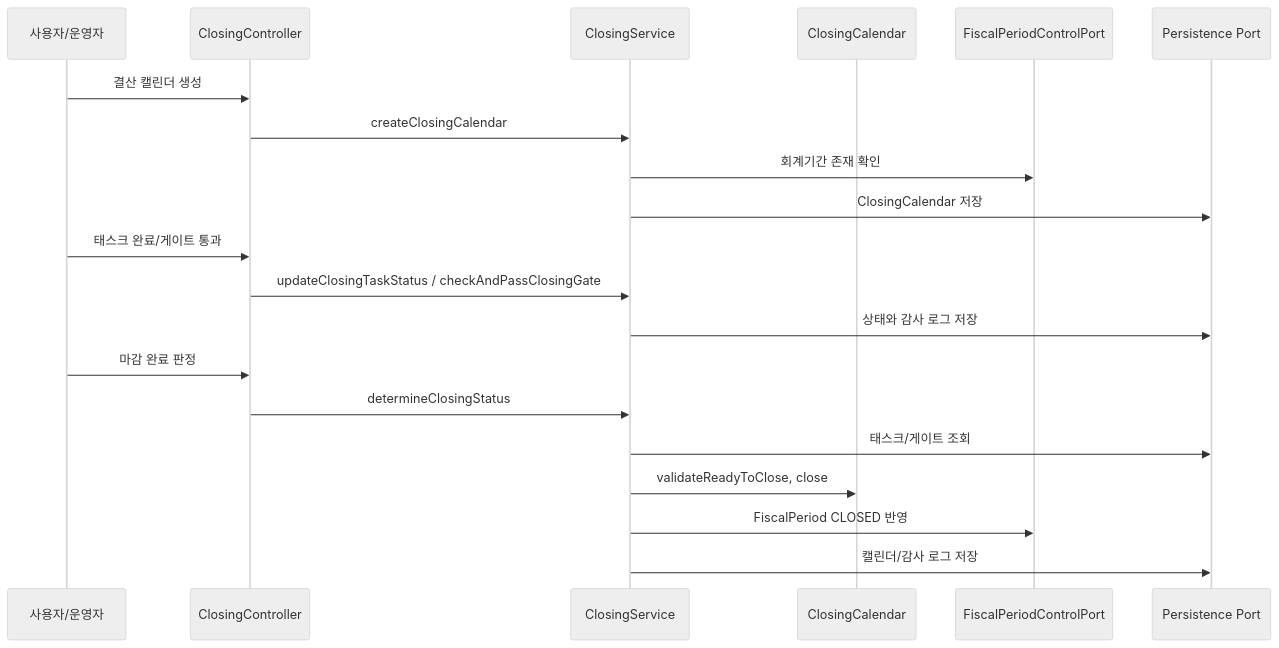
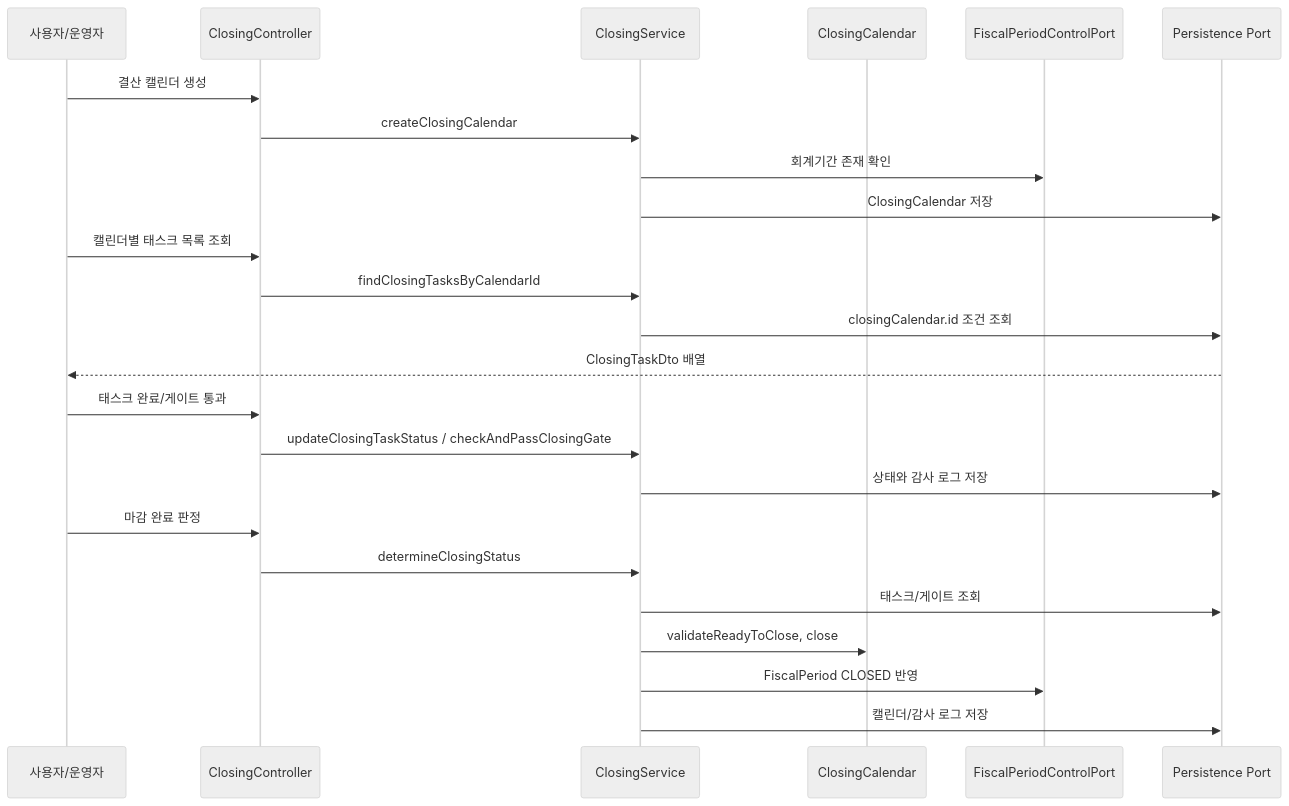
One commit to skyg547/account changed the second of 5 diagrams in closing/docs/process-flow.md. Above: the diagram before and after it, drawn with Mermaid (neutral theme). The commit also changed other lines of this file and 26 other files, not shown here.

First line of the commit message:
feat(api): add closing and payable query parity (#741)

````diff
--- a/closing/docs/process-flow.md
+++ b/closing/docs/process-flow.md
@@ -44,25 +44,30 @@
 ```mermaid
 sequenceDiagram
     participant User as 사용자/운영자
     participant API as ClosingController
     participant Service as ClosingService
     participant Domain as ClosingCalendar
     participant Master as FiscalPeriodControlPort
     participant Store as Persistence Port
 
     User->>API: 결산 캘린더 생성
     API->>Service: createClosingCalendar
     Service->>Master: 회계기간 존재 확인
     Service->>Store: ClosingCalendar 저장
 
+    User->>API: 캘린더별 태스크 목록 조회
+    API->>Service: findClosingTasksByCalendarId
+    Service->>Store: closingCalendar.id 조건 조회
+    Store-->>User: ClosingTaskDto 배열
+
     User->>API: 태스크 완료/게이트 통과
     API->>Service: updateClosingTaskStatus / checkAndPassClosingGate
     Service->>Store: 상태와 감사 로그 저장
 
     User->>API: 마감 완료 판정
     API->>Service: determineClosingStatus
     Service->>Store: 태스크/게이트 조회
     Service->>Domain: validateReadyToClose, close
     Service->>Master: FiscalPeriod CLOSED 반영
     Service->>Store: 캘린더/감사 로그 저장
 ```
````
